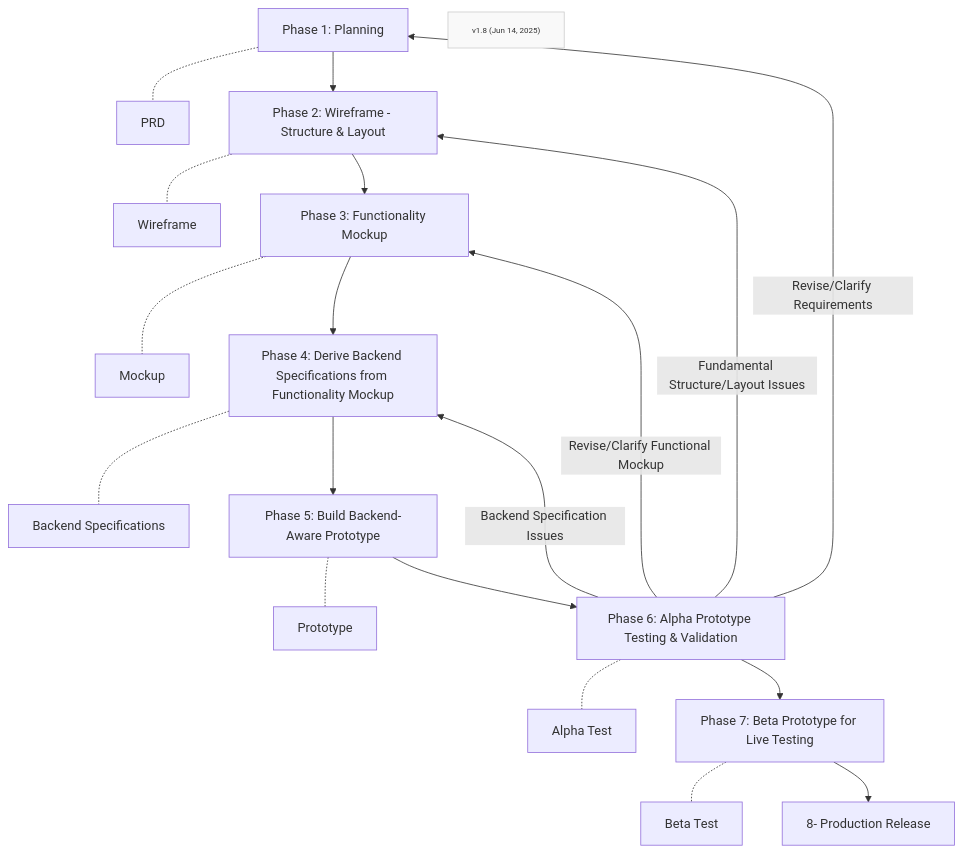
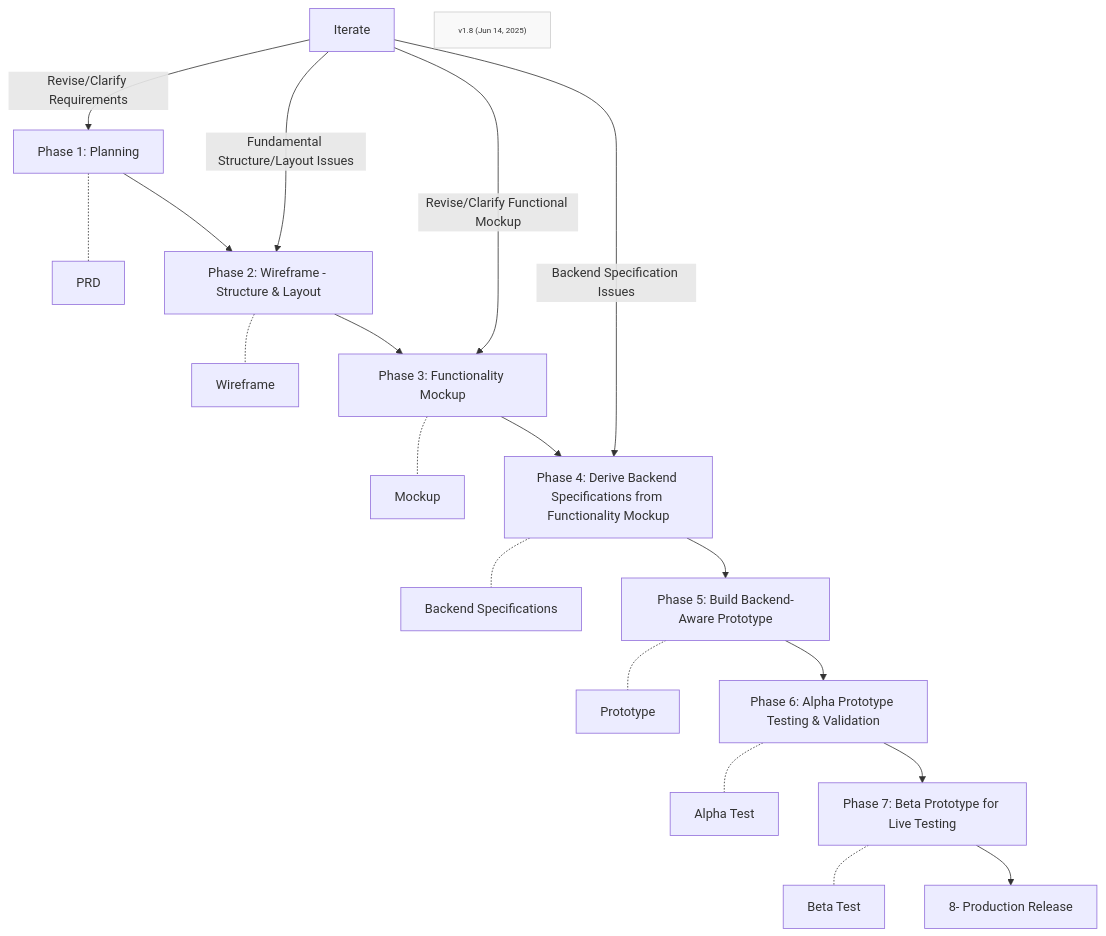
Before and after one commit to Mharbulous/Front-First-Method: the first of 2 diagrams in Phases/FF-overview.md, drawn with Mermaid.

````diff
--- a/Phases/FF-overview.md
+++ b/Phases/FF-overview.md
@@ -1,28 +1,28 @@
 ```mermaid
 graph TD
     
     Phase1["Phase 1: Planning"] -.- PRD["PRD"]
     Phase1 --> Phase2["Phase 2: Wireframe - Structure & Layout"]
     Phase2 -.- Wireframe["Wireframe"]
     Phase2 --> Phase3["Phase 3: Functionality Mockup"]
     Phase3 -.- Mockup["Mockup"]
     Phase3 --> Phase4["Phase 4: Derive Backend Specifications from Functionality Mockup"]
     Phase4 -.- Specs["Backend Specifications"]
     Phase4 --> Phase5["Phase 5: Build Backend-Aware Prototype"]
     Phase5 -.- Prototype["Prototype"]
     Phase5 --> Phase6["Phase 6: Alpha Prototype Testing & Validation"]
     Phase6 -.- Alpha["Alpha Test"]
     Phase6 --> Phase7["Phase 7: Beta Prototype for Live Testing"]    
-    Phase6 -->|Revise/Clarify Requirements| Phase1
-    Phase6 -->|Fundamental Structure/Layout Issues| Phase2
-    Phase6 -->|Revise/Clarify Functional Mockup| Phase3
-    Phase6 -->|Backend Specification Issues| Phase4    
     Phase7 -.- Beta["Beta Test"]  
     Phase7 --> Production["8- Production Release"]
 
-       
+    
+    Iterate -->|Revise/Clarify Requirements| Phase1
+    Iterate -->|Fundamental Structure/Layout Issues| Phase2
+    Iterate -->|Revise/Clarify Functional Mockup| Phase3
+    Iterate -->|Backend Specification Issues| Phase4       
 
     VersionInfo["v1.8 (Jun 14, 2025)"]
     classDef version fill:#f9f9f9,stroke:#ccc,font-size:10px;
     class VersionInfo version
 ```
````
